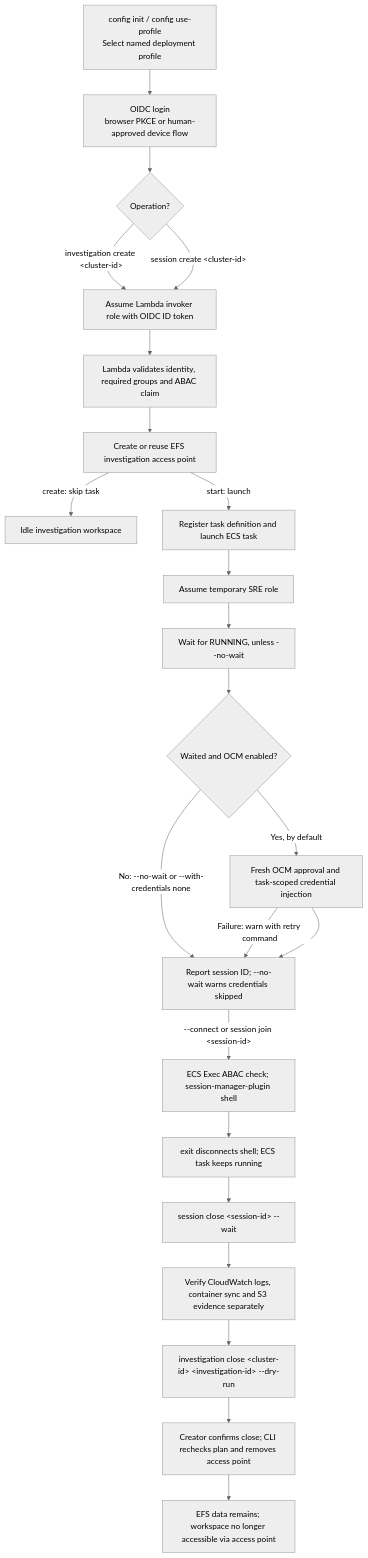
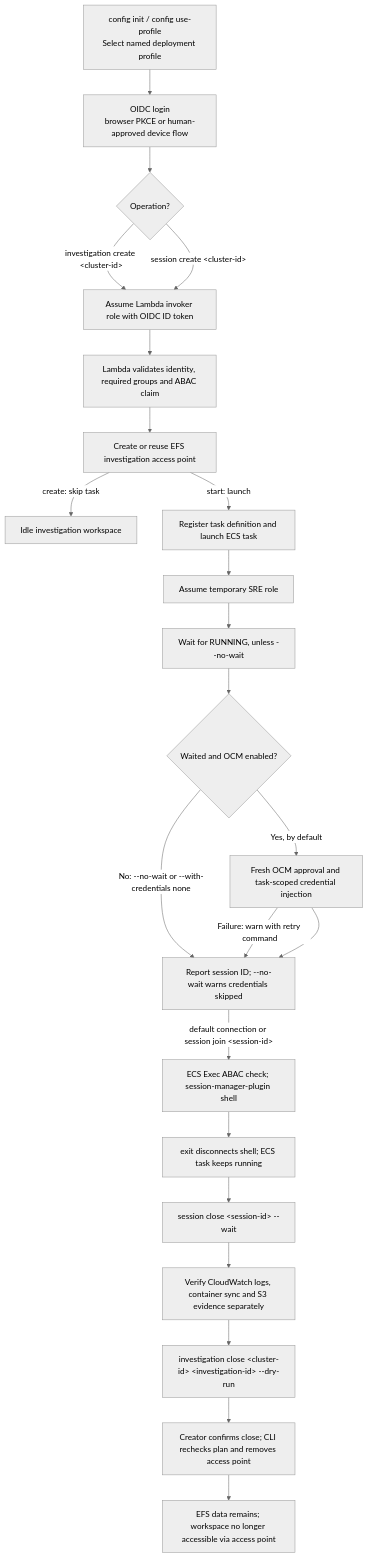
The diagram in docs/workflows.md (openshift-online/rosa-boundary), drawn with Mermaid (neutral theme) before and after one commit. The commit also changed 14 other files, not shown here.

Commit message:
Improve session UX with default connection and bulk close

````diff
--- a/docs/workflows.md
+++ b/docs/workflows.md
@@ -5,25 +5,25 @@
 ```mermaid
 flowchart TD
     PROFILE["config init / config use-profile<br/>Select named deployment profile"] --> AUTH["OIDC login<br/>browser PKCE or human-approved device flow"]
     AUTH --> CREATE{"Operation?"}
     CREATE -->|"investigation create &lt;cluster-id&gt;"| INVOKER["Assume Lambda invoker role with OIDC ID token"]
     CREATE -->|"session create &lt;cluster-id&gt;"| INVOKER
     INVOKER --> LAMBDA["Lambda validates identity, required groups and ABAC claim"]
     LAMBDA --> EFS["Create or reuse EFS investigation access point"]
     EFS -->|"create: skip task"| IDLE["Idle investigation workspace"]
     EFS -->|"start: launch"| TASK["Register task definition and launch ECS task"]
     TASK --> SRE["Assume temporary SRE role"]
     SRE --> WAIT["Wait for RUNNING, unless --no-wait"]
     WAIT --> CRED{"Waited and OCM enabled?"}
     CRED -->|Yes, by default| OCM["Fresh OCM approval and task-scoped credential injection"]
     CRED -->|No: --no-wait or --with-credentials none| READY["Report session ID; --no-wait warns credentials skipped"]
     OCM -->|Failure: warn with retry command| READY
     OCM --> READY
-    READY -->|"--connect or session join &lt;session-id&gt;"| EXEC["ECS Exec ABAC check; session-manager-plugin shell"]
+    READY -->|"default connection or session join &lt;session-id&gt;"| EXEC["ECS Exec ABAC check; session-manager-plugin shell"]
     EXEC --> EXIT["exit disconnects shell; ECS task keeps running"]
     EXIT --> STOP["session close &lt;session-id&gt; --wait"]
     STOP --> AUDIT["Verify CloudWatch logs, container sync and S3 evidence separately"]
     AUDIT --> PLAN["investigation close &lt;cluster-id&gt; &lt;investigation-id&gt; --dry-run"]
     PLAN --> CLOSE["Creator confirms close; CLI rechecks plan and removes access point"]
     CLOSE --> IDLEDONE["EFS data remains; workspace no longer accessible via access point"]
 ```
````
